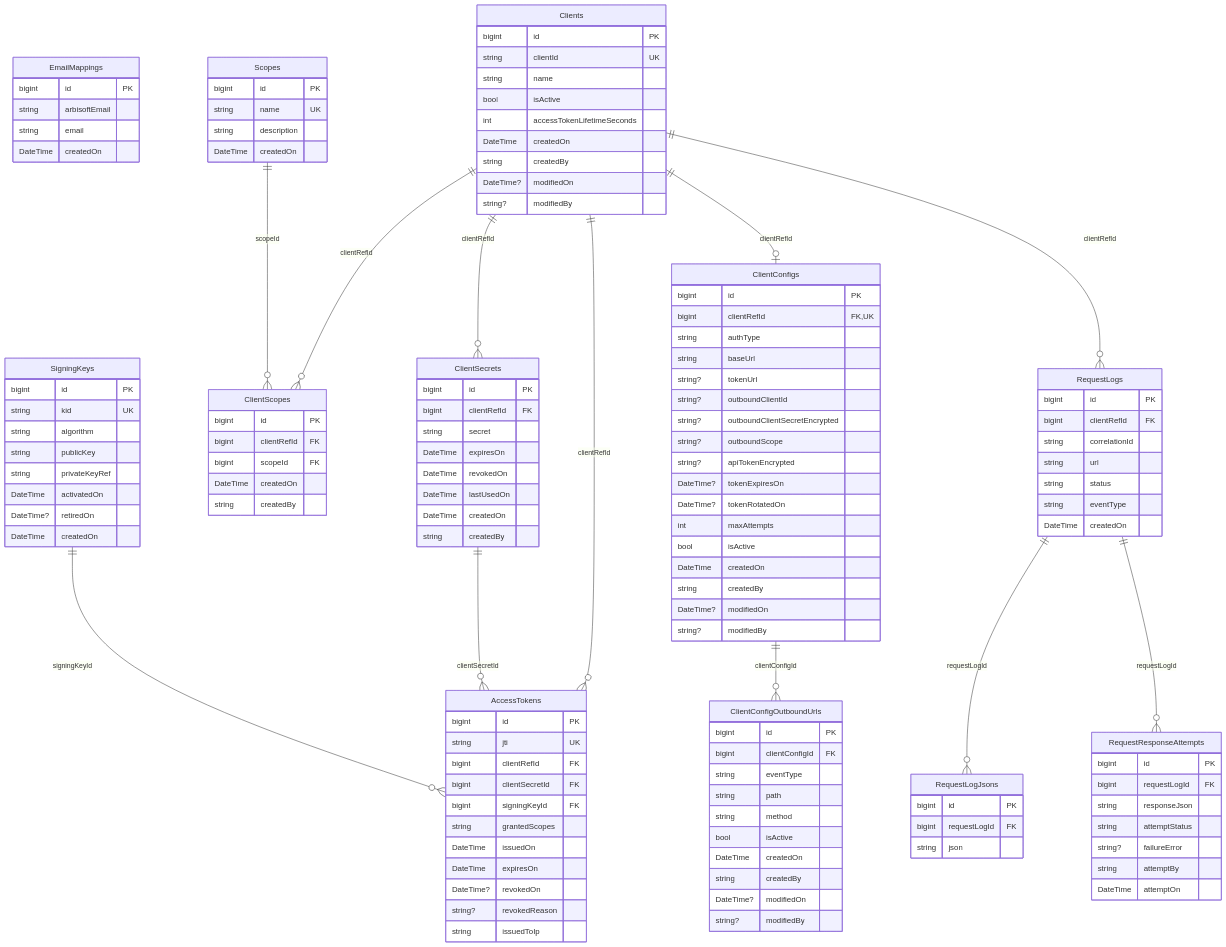
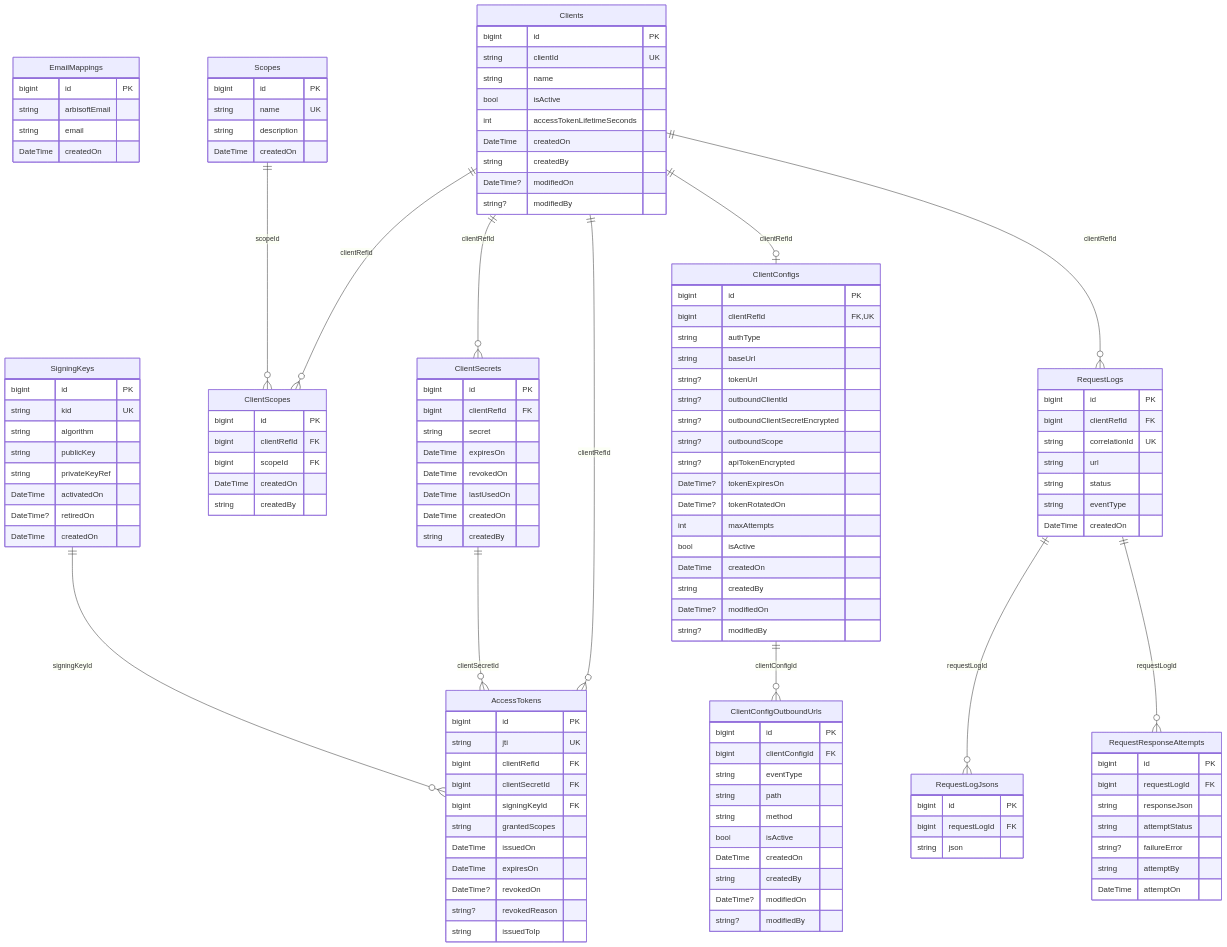
Before and after one commit to arbisoft/incubator-devlake: the second of 7 diagrams in integration-service-architecture-plan.md, drawn with Mermaid. The commit also changed other lines of this file, not shown here.

```diff
--- a/integration-service-architecture-plan.md
+++ b/integration-service-architecture-plan.md
@@ -140,7 +229,7 @@
     RequestLogs {
         bigint id PK
         bigint clientRefId FK
-        string correlationId
+        string correlationId UK
         string url
         string status
         string eventType
```
